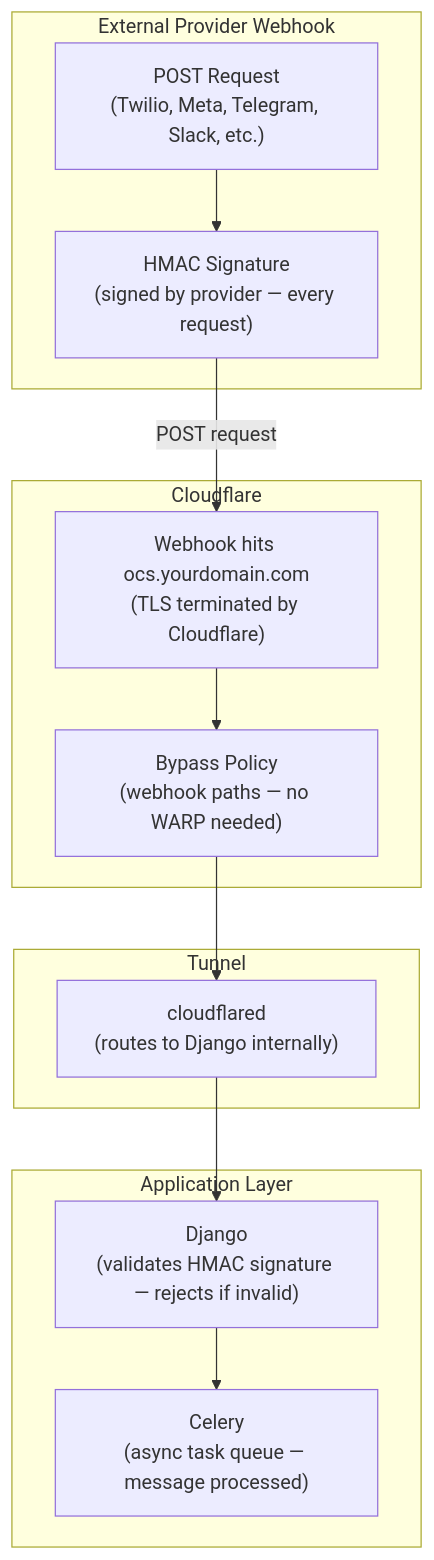
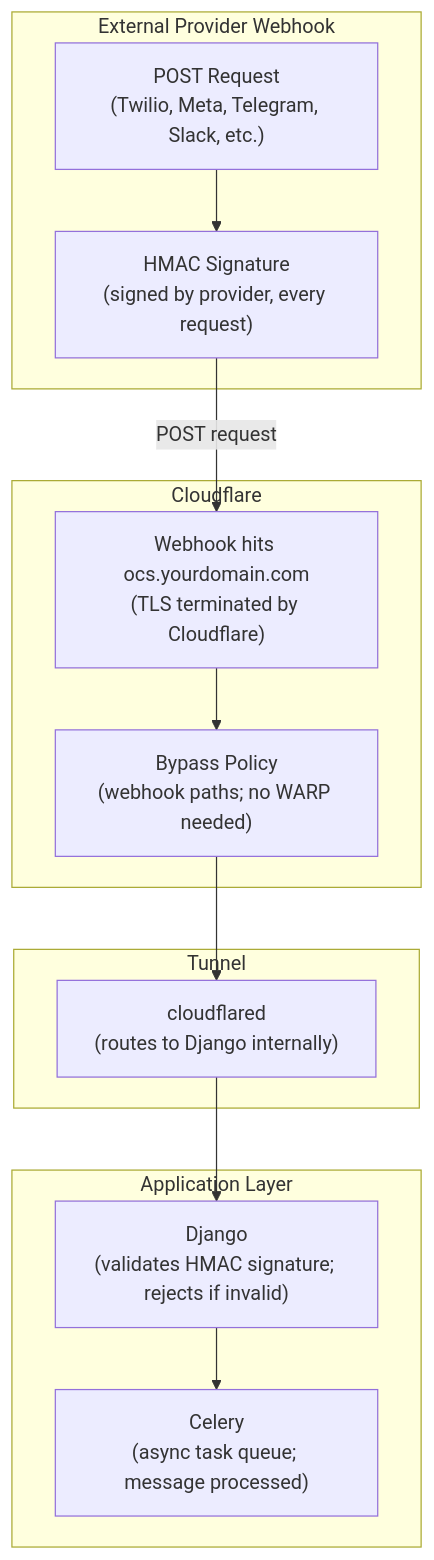
One commit to dimagi/open-chat-studio changed the second of 2 diagrams in docs/hosting/cloudflare_tunnel.md. Above: the diagram before and after it, drawn with Mermaid. The commit also changed other lines of this file and 2 other files, not shown here.

````diff
--- a/docs/hosting/cloudflare_tunnel.md
+++ b/docs/hosting/cloudflare_tunnel.md
@@ -160,28 +307,28 @@
 ```mermaid
 flowchart TD
     subgraph EXT["External Provider Webhook"]
         POST["POST Request<br/>(Twilio, Meta, Telegram, Slack, etc.)"]
-        HMAC["HMAC Signature<br/>(signed by provider — every request)"]
+        HMAC["HMAC Signature<br/>(signed by provider, every request)"]
         POST --> HMAC
     end
 
     subgraph CF["Cloudflare"]
         HIT["Webhook hits ocs.yourdomain.com<br/>(TLS terminated by Cloudflare)"]
-        BYPASS["Bypass Policy<br/>(webhook paths — no WARP needed)"]
+        BYPASS["Bypass Policy<br/>(webhook paths; no WARP needed)"]
         HIT --> BYPASS
     end
 
     subgraph TUN["Tunnel"]
         TUNNEL["cloudflared<br/>(routes to Django internally)"]
     end
 
     subgraph APP["Application Layer"]
-        DJANGO["Django<br/>(validates HMAC signature — rejects if invalid)"]
-        CELERY["Celery<br/>(async task queue — message processed)"]
+        DJANGO["Django<br/>(validates HMAC signature; rejects if invalid)"]
+        CELERY["Celery<br/>(async task queue; message processed)"]
         DJANGO --> CELERY
     end
 
     HMAC -->|POST request| HIT
     BYPASS --> TUNNEL
     TUNNEL --> DJANGO
 ```
````
